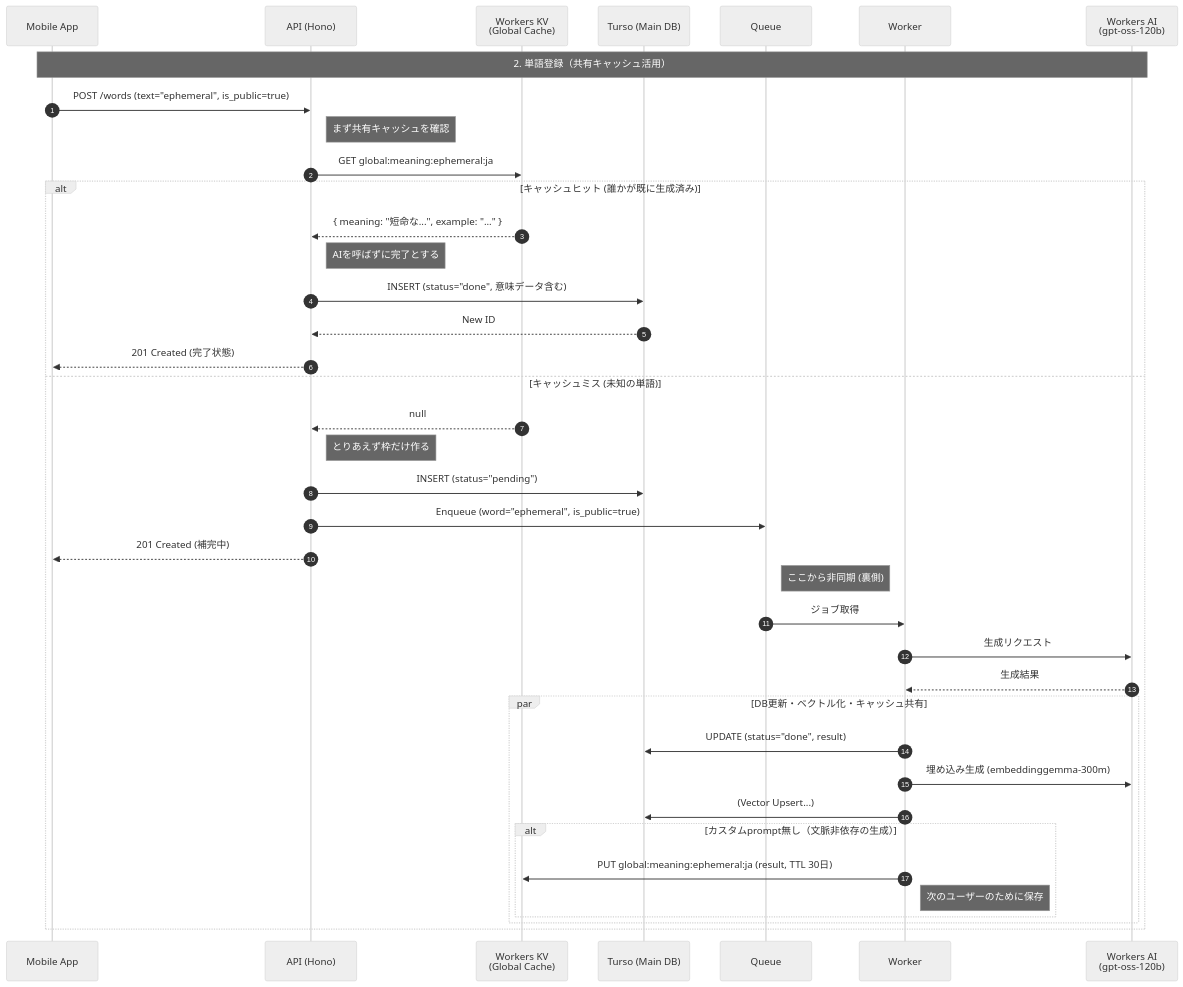
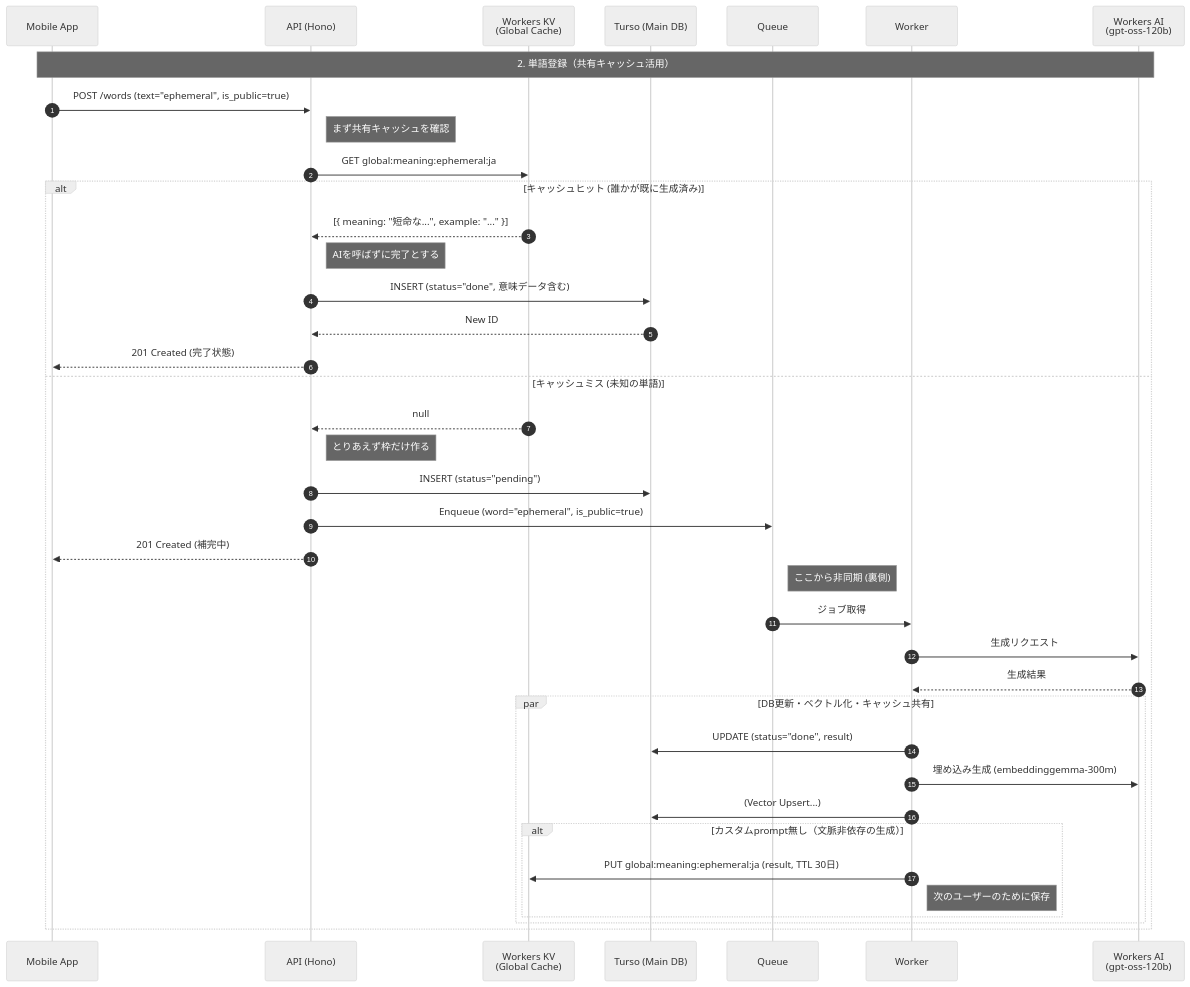
Before and after one commit to hudeato-me/hudeato: the second of 4 diagrams in docs/data-flow.md, drawn with Mermaid (neutral theme). The commit also changed 1 other file, not shown here.

Commit message:
docs: レビュー指摘対応 — 埋め込みモデルの併記とKVキャッシュのレスポンス形を実装に整合
Claude-Session: https://claude.ai/code/session_01JeUGGeL8VQAmnfVkhcxdRR

````diff
--- a/docs/data-flow.md
+++ b/docs/data-flow.md
@@ -34,49 +34,49 @@
 ```mermaid
 sequenceDiagram
     autonumber
     participant App as Mobile App
     participant API as API (Hono)
     participant KV as Workers KV<br/>(Global Cache)
     participant DB as Turso (Main DB)
     participant Q as Queue
     participant W as Worker
     participant AI as Workers AI<br/>(gpt-oss-120b)
 
     Note over App, AI: 2. 単語登録（共有キャッシュ活用）
 
     App->>API: POST /words (text="ephemeral", is_public=true)
 
     Note right of API: まず共有キャッシュを確認
     API->>KV: GET global:meaning:ephemeral:ja
 
     alt キャッシュヒット (誰かが既に生成済み)
-        KV-->>API: { meaning: "短命な...", example: "..." }
+        KV-->>API: [{ meaning: "短命な...", example: "..." }]
         Note right of API: AIを呼ばずに完了とする
         API->>DB: INSERT (status="done", 意味データ含む)
         DB-->>API: New ID
         API-->>App: 201 Created (完了状態)
 
     else キャッシュミス (未知の単語)
         KV-->>API: null
         Note right of API: とりあえず枠だけ作る
         API->>DB: INSERT (status="pending")
         API->>Q: Enqueue (word="ephemeral", is_public=true)
         API-->>App: 201 Created (補完中)
 
         Note right of Q: ここから非同期 (裏側)
         Q->>W: ジョブ取得
         W->>AI: 生成リクエスト
         AI-->>W: 生成結果
 
         par DB更新・ベクトル化・キャッシュ共有
             W->>DB: UPDATE (status="done", result)
             W->>AI: 埋め込み生成 (embeddinggemma-300m)
             W->>DB: (Vector Upsert...)
 
             alt カスタムprompt無し（文脈非依存の生成）
                 W->>KV: PUT global:meaning:ephemeral:ja (result, TTL 30日)
                 Note right of W: 次のユーザーのために保存
             end
         end
     end
 ```
````
